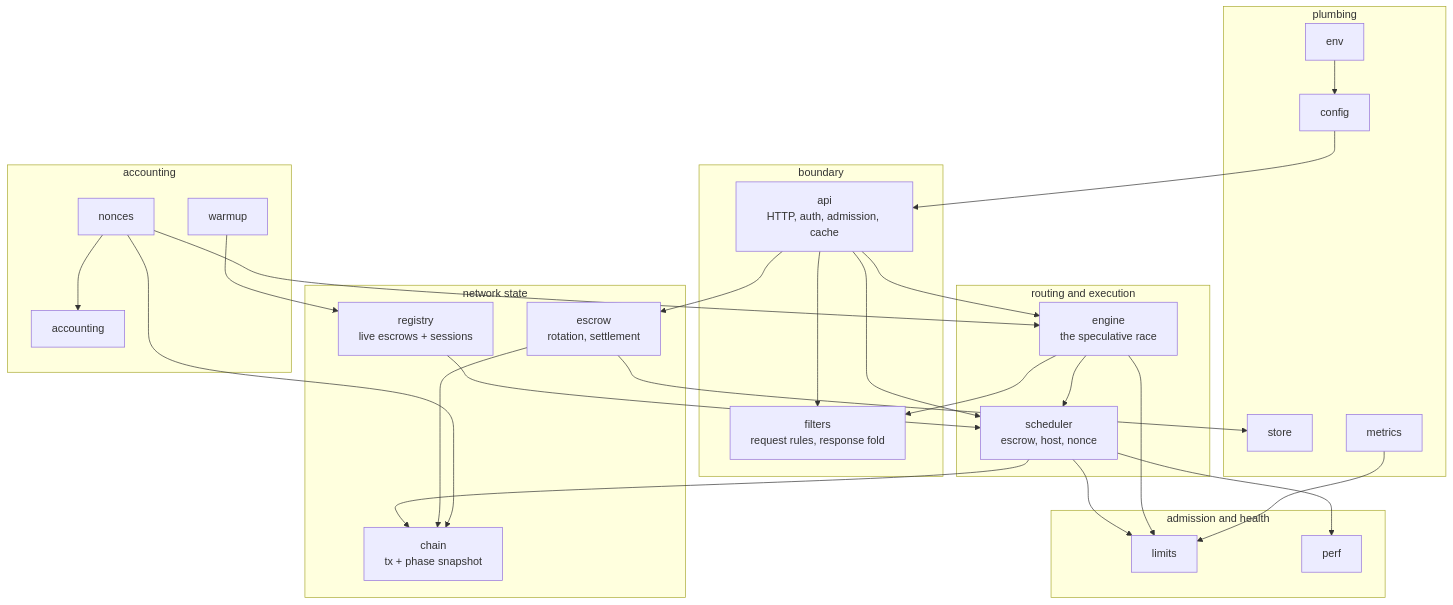
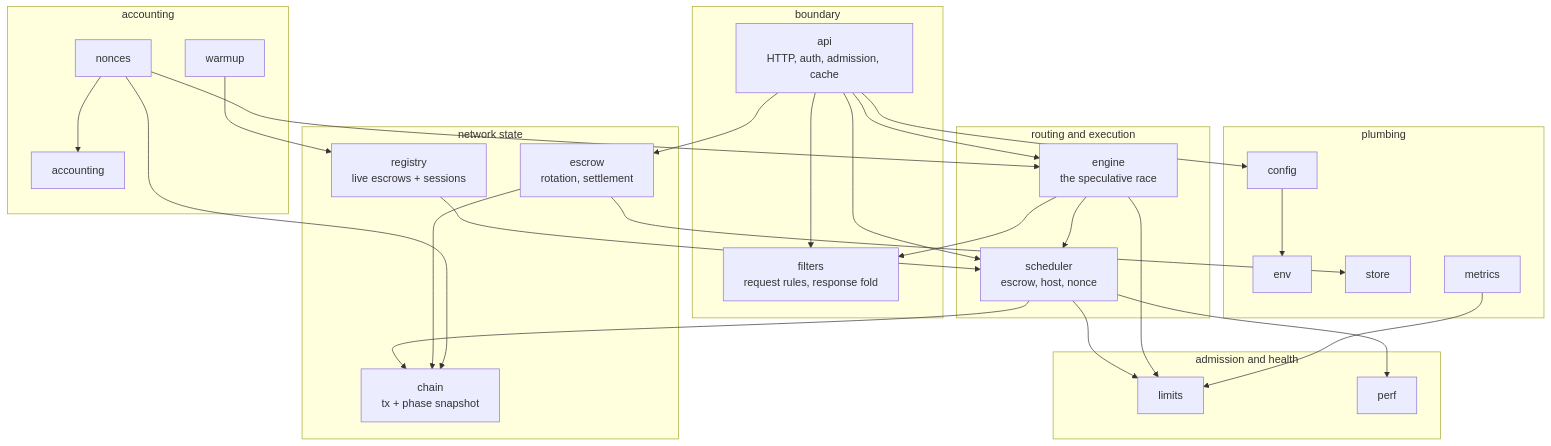
One commit to kaileido/gonka changed the first of 3 diagrams in devshard/cmd/gateway/docs/architecture.md. Above: the diagram before and after it, drawn with Mermaid. The commit also changed other lines of this file and 8 other files, not shown here.

````diff
--- a/devshard/cmd/gateway/docs/architecture.md
+++ b/devshard/cmd/gateway/docs/architecture.md
@@ -15,52 +17,52 @@
 ```mermaid
 graph TD
     subgraph boundary["boundary"]
         API["api<br/>HTTP, auth, admission, cache"]
         FIL["filters<br/>request rules, response fold"]
     end
     subgraph routing["routing and execution"]
         SCH["scheduler<br/>escrow, host, nonce"]
         ENG["engine<br/>the speculative race"]
     end
     subgraph state["network state"]
         REG["registry<br/>live escrows + sessions"]
         ESC["escrow<br/>rotation, settlement"]
         CHN["chain<br/>tx + phase snapshot"]
     end
     subgraph health["admission and health"]
         LIM["limits"]
         PRF["perf"]
     end
     subgraph ledger["accounting"]
         NON["nonces"]
         ACC["accounting"]
         WRM["warmup"]
     end
     subgraph plumbing["plumbing"]
         CFG["config"]
         ENV["env"]
         STO["store"]
         MET["metrics"]
     end
 
     API --> FIL
     API --> SCH
     API --> ENG
     API --> ESC
     ENG --> SCH
     SCH --> LIM
     SCH --> PRF
     SCH --> CHN
     ENG --> LIM
     ENG --> FIL
     REG --> SCH
     ESC --> CHN
     ESC --> STO
     NON --> ACC
     NON --> ENG
     NON --> CHN
     WRM --> REG
-    ENV --> CFG
-    CFG --> API
+    CFG --> ENV
+    API --> CFG
     MET --> LIM
 ```
````
